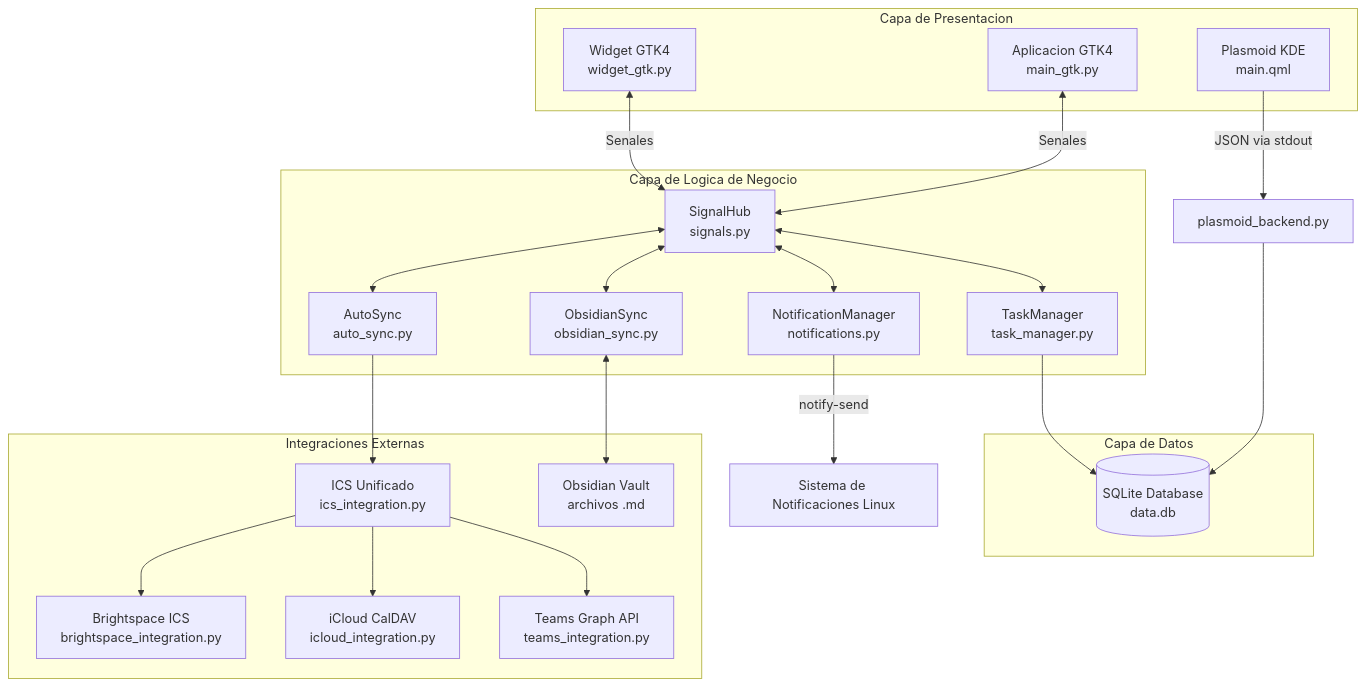
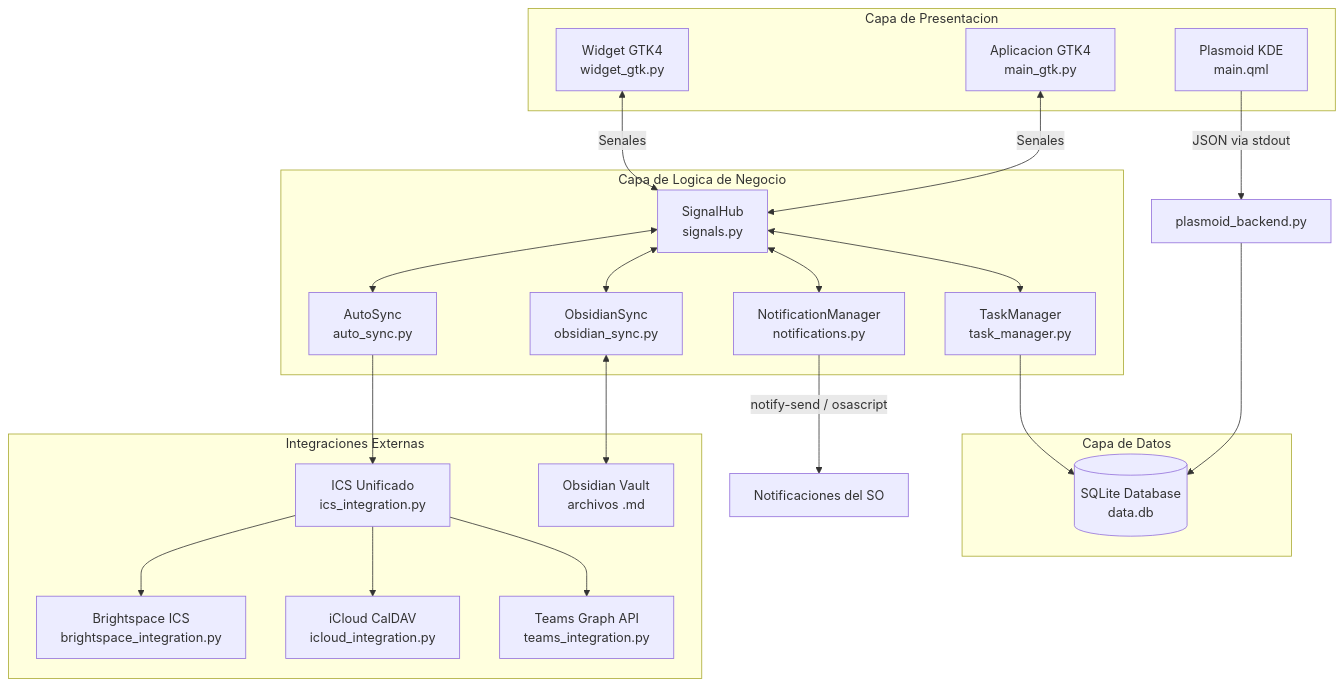
The first of 5 diagrams in Manual_Tecnico.md (jjjulianleon/UnixProductivityApp), drawn with Mermaid before and after one commit. The commit also changed other lines of this file and 28 other files, not shown here.

````diff
--- a/Manual_Tecnico.md
+++ b/Manual_Tecnico.md
@@ -91,46 +90,46 @@
 ```mermaid
 graph TB
     subgraph "Capa de Presentacion"
         A[Aplicacion GTK4<br/>main_gtk.py]
         B[Widget GTK4<br/>widget_gtk.py]
         C[Plasmoid KDE<br/>main.qml]
     end
 
     subgraph "Capa de Logica de Negocio"
         D[TaskManager<br/>task_manager.py]
         E[SignalHub<br/>signals.py]
         F[NotificationManager<br/>notifications.py]
         G[AutoSync<br/>auto_sync.py]
         H[ObsidianSync<br/>obsidian_sync.py]
     end
 
     subgraph "Capa de Datos"
         I[(SQLite Database<br/>data.db)]
     end
 
     subgraph "Integraciones Externas"
         J[Brightspace ICS<br/>brightspace_integration.py]
         K[iCloud CalDAV<br/>icloud_integration.py]
         L[Teams Graph API<br/>teams_integration.py]
         M[ICS Unificado<br/>ics_integration.py]
         N[Obsidian Vault<br/>archivos .md]
     end
 
     A <-->|Senales| E
     B <-->|Senales| E
     C -->|JSON via stdout| O[plasmoid_backend.py]
     O --> I
 
     E <--> D
     E <--> F
     E <--> G
     E <--> H
 
     D --> I
     G --> M
     M --> J
     M --> K
     M --> L
     H <--> N
-    F -->|notify-send| P[Sistema de Notificaciones Linux]
+    F -->|notify-send / osascript| P[Notificaciones del SO]
 ```
````
